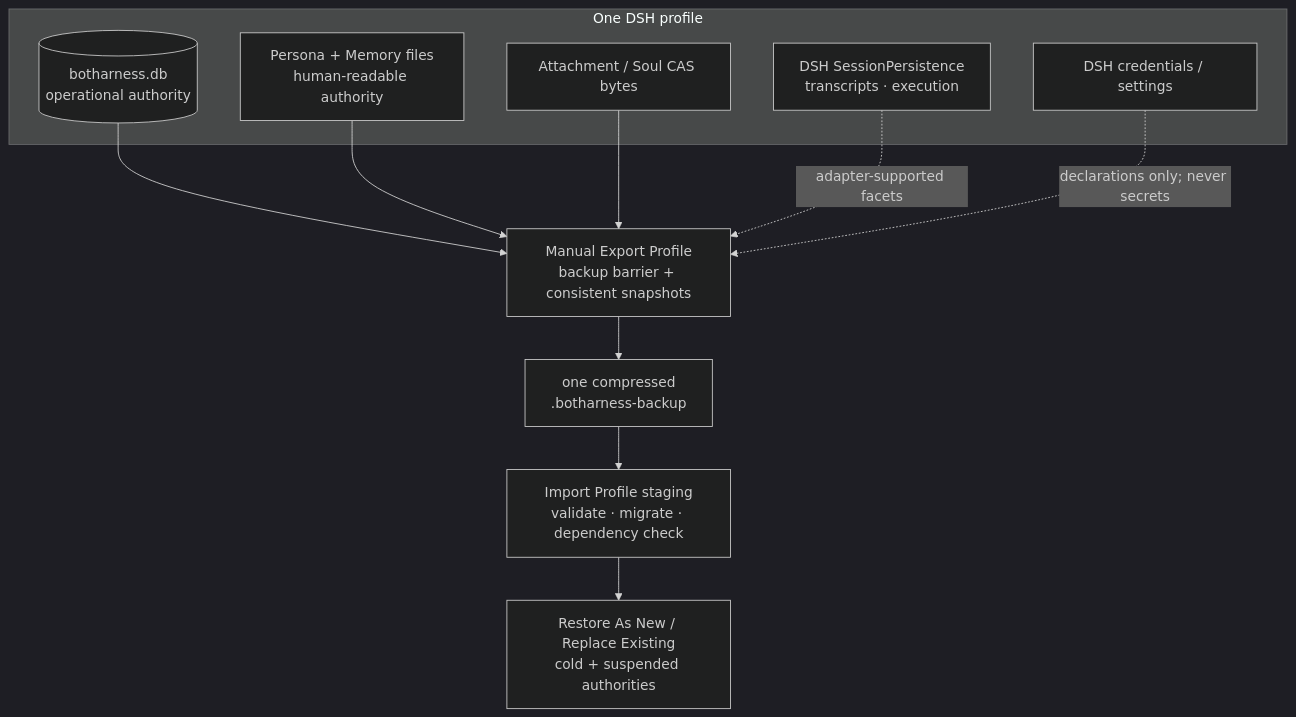
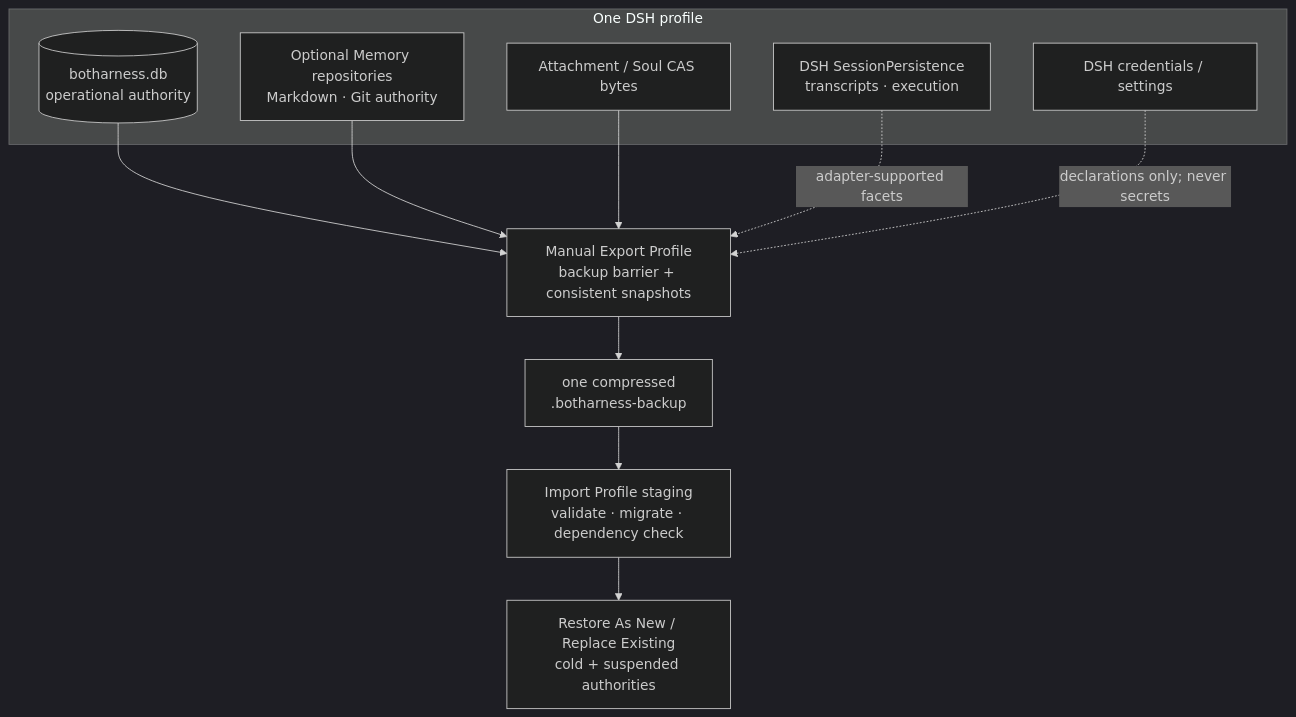
Before and after one commit to BotHarness/BotHarness: the sixth of 6 diagrams in docs/architecture/botharness-architecture.en.md, drawn with Mermaid (dark theme). The commit also changed other lines of this file and 33 other files, not shown here.

````diff
--- a/docs/architecture/botharness-architecture.en.md
+++ b/docs/architecture/botharness-architecture.en.md
@@ -190,24 +198,24 @@
 ```mermaid
 flowchart TB
   subgraph Profile["One DSH profile"]
     DB[("botharness.db<br/>operational authority")]
-    Files["Persona + Memory files<br/>human-readable authority"]
+    Files["Optional Memory repositories<br/>Markdown · Git authority"]
     CAS["Attachment / Soul CAS bytes"]
     DSHS["DSH SessionPersistence<br/>transcripts · execution"]
     Creds["DSH credentials / settings"]
   end
 
   Barrier["Manual Export Profile<br/>backup barrier + consistent snapshots"]
   Package["one compressed<br/>.botharness-backup"]
   Stage["Import Profile staging<br/>validate · migrate · dependency check"]
   Target["Restore As New / Replace Existing<br/>cold + suspended authorities"]
 
   DB --> Barrier
   Files --> Barrier
   CAS --> Barrier
   DSHS -.->|"adapter-supported facets"| Barrier
   Creds -.->|"declarations only; never secrets"| Barrier
   Barrier --> Package
   Package --> Stage
   Stage --> Target
 ```
````
